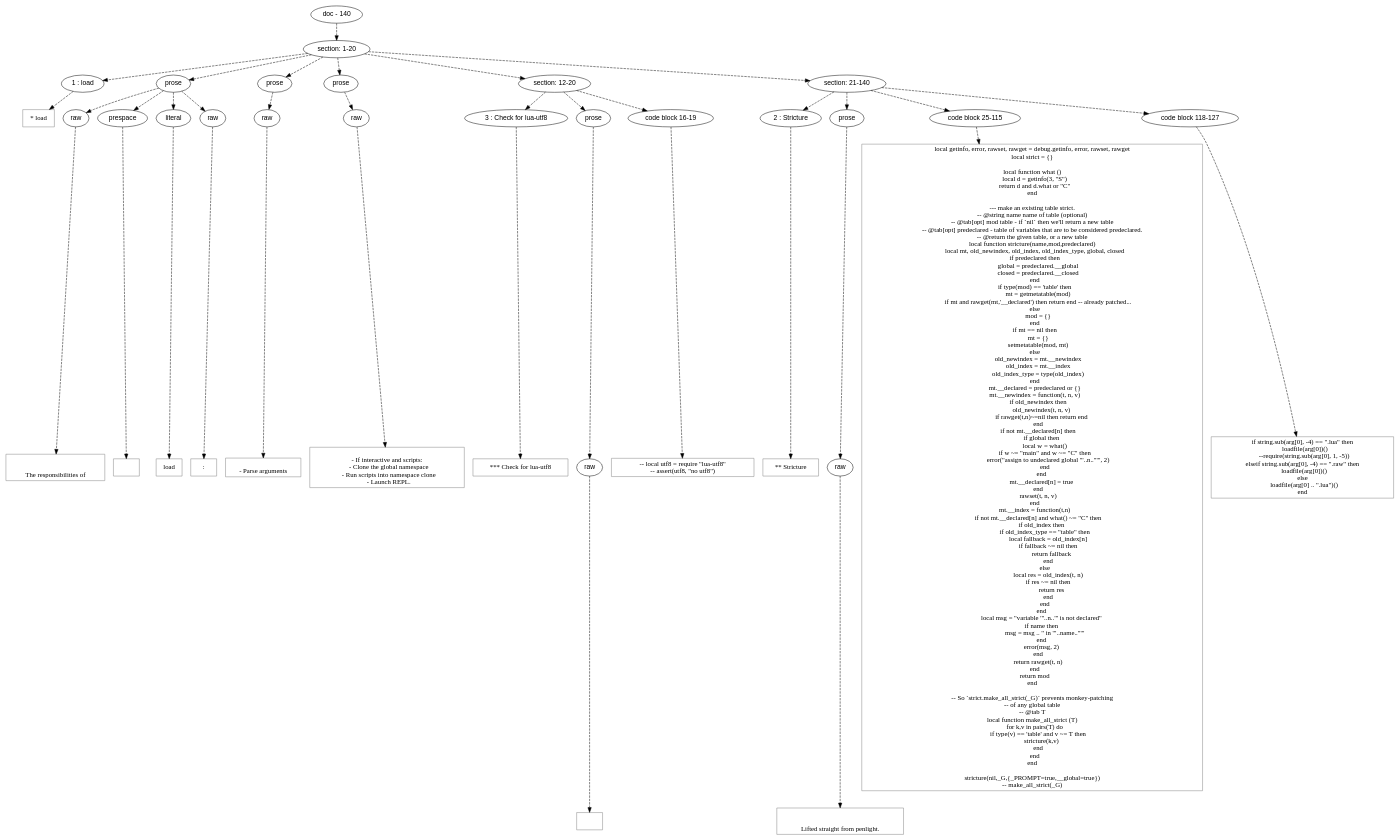
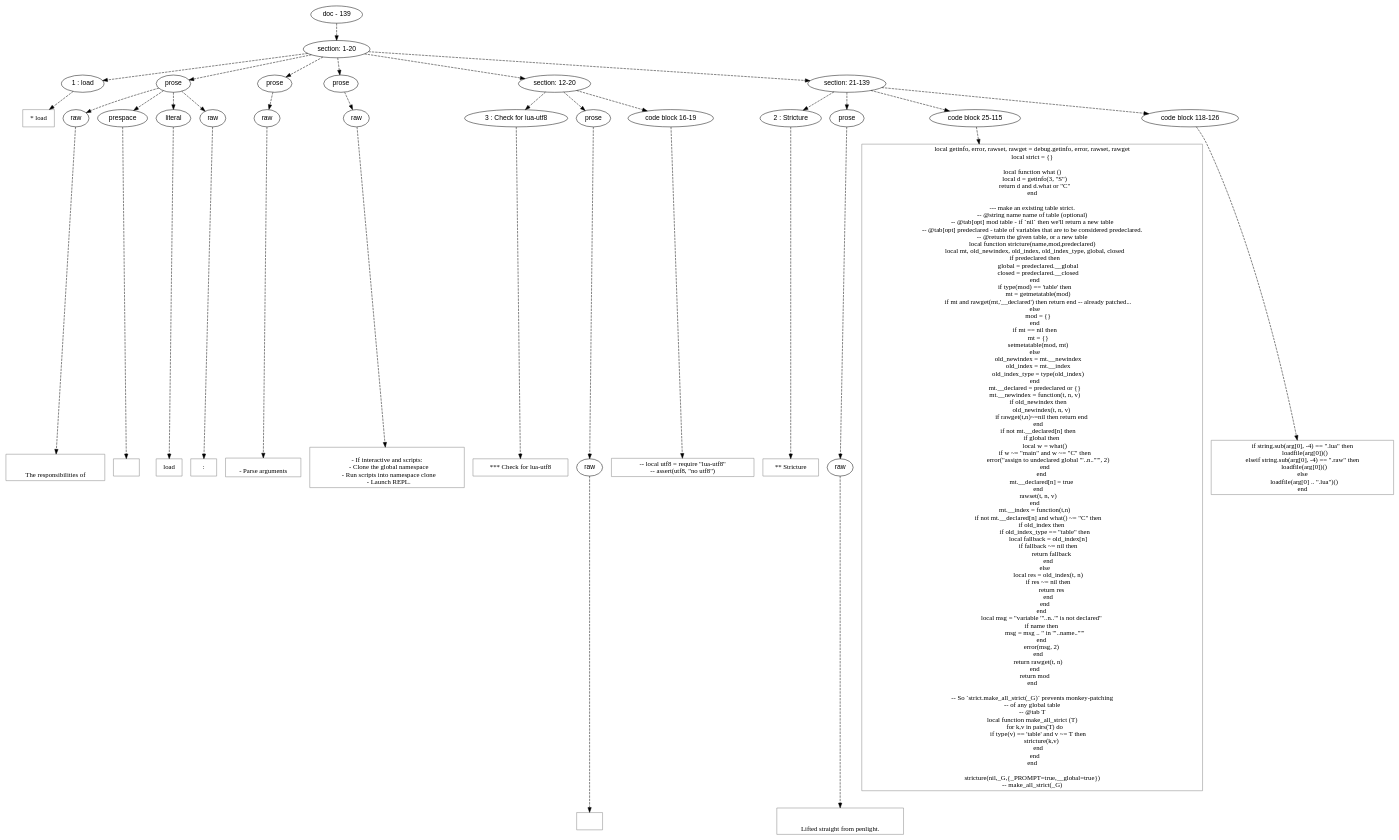
Before and after one commit to orb-lang/pylon: the diagram in doc/dot/load.dot, drawn with Graphviz. The commit also changed 243 other files, not shown here.

```diff
--- a/doc/dot/load.dot
+++ b/doc/dot/load.dot
@@ -3,7 +3,7 @@
 node [fontname=Helvetica]
 edge [style=dashed]
 
-doc_0 [label="doc - 140"]
+doc_0 [label="doc - 139"]
 
 
 doc_0 -> { section_1}
@@ -27,7 +27,7 @@
 
 section_6 [label="section: 12-20"]
 
-section_7 [label="section: 21-140"]
+section_7 [label="section: 21-139"]
 
 
 // END RANK section_1
@@ -143,7 +143,7 @@
 
 codeblock_30 [label="code block 25-115"]
 
-codeblock_31 [label="code block 118-127"]
+codeblock_31 [label="code block 118-126"]
 
 
 // END RANK section_7
@@ -262,7 +262,6 @@
 codeblock_31 -> leaf_36
 leaf_36  [color=Gray,shape=rectangle,fontname=Inconsolata,label="if string.sub(arg[0], -4) == \".lua\" then
     loadfile(arg[0])()
-   --require(string.sub(arg[0], 1, -5))
 elseif string.sub(arg[0], -4) == \".raw\" then
    loadfile(arg[0])()
 else
```
